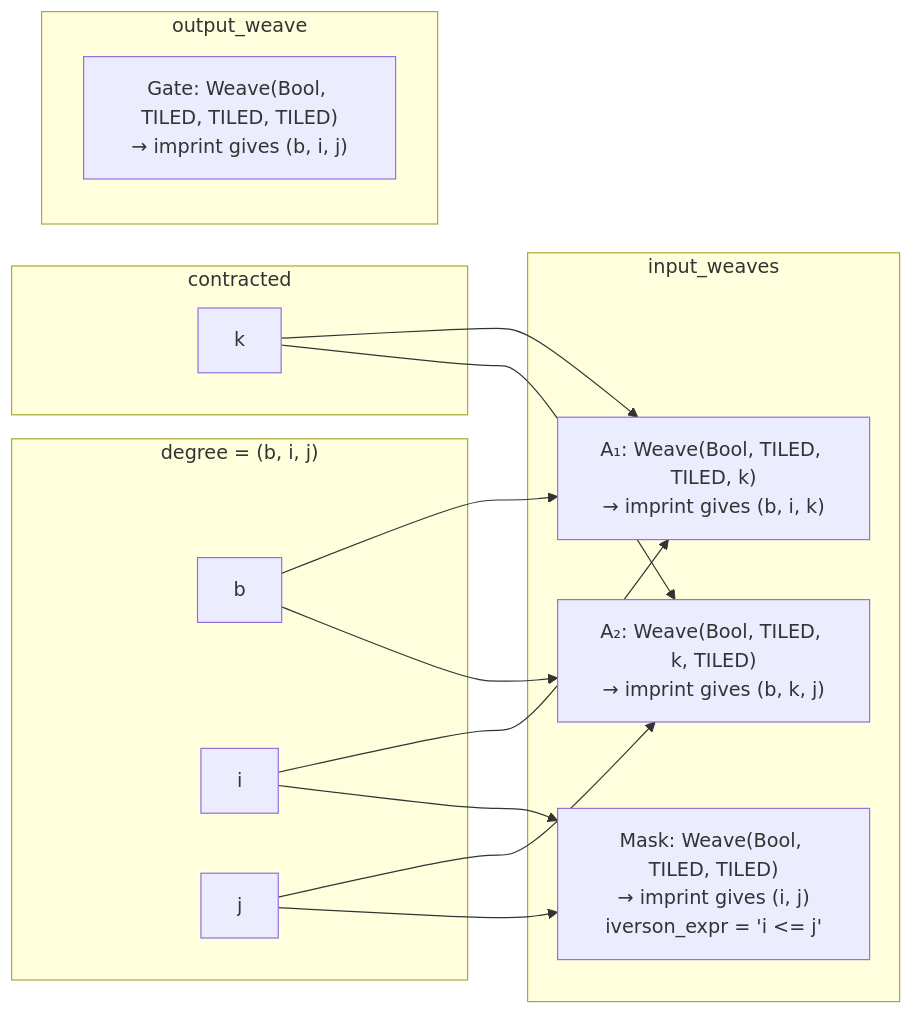
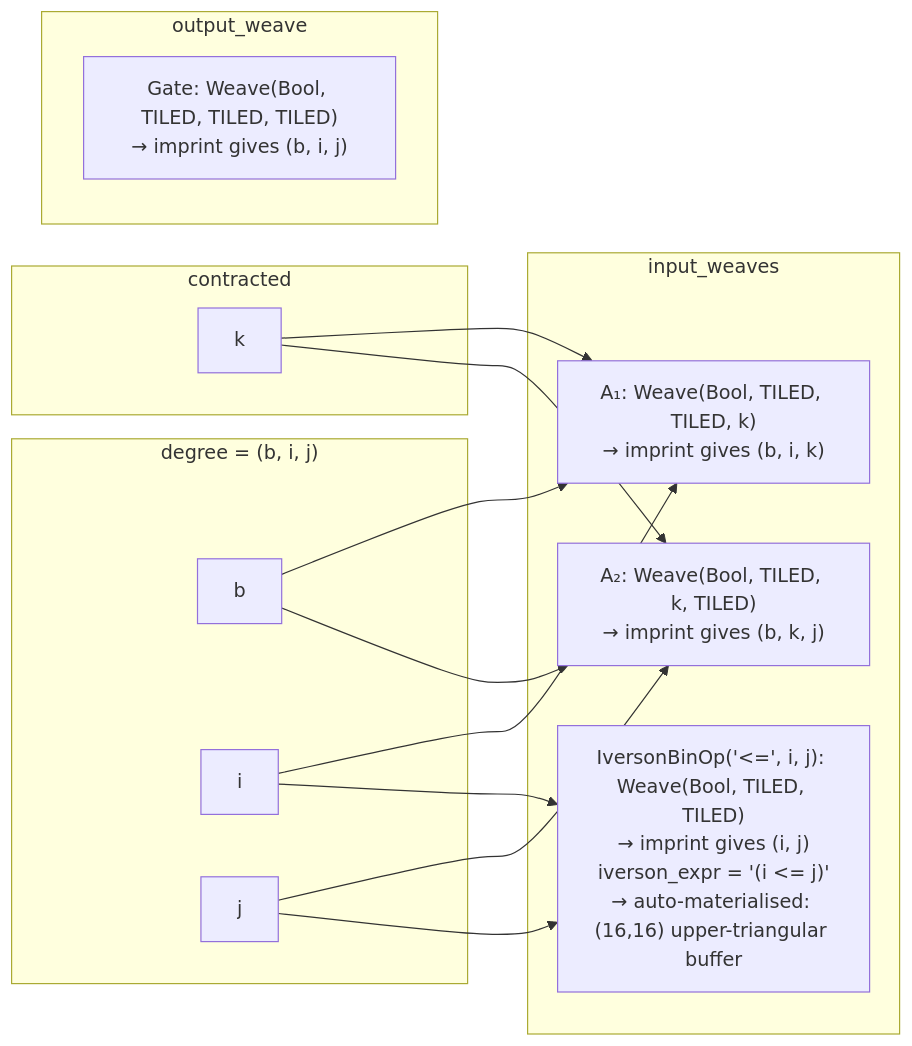
Before and after one commit to william-macready/pyncd: the second of 6 diagrams in papers/pytorch_compilation.md, drawn with Mermaid. The commit also changed other lines of this file and 5 other files, not shown here.

````diff
--- a/papers/pytorch_compilation.md
+++ b/papers/pytorch_compilation.md
@@ -482,28 +673,28 @@
 ```mermaid
 graph LR
     subgraph "degree = (b, i, j)"
         b_ax["b"]
         i_ax["i"]
         j_ax["j"]
     end
     subgraph "contracted"
         k_ax["k"]
     end
     subgraph "input_weaves"
         A1["A₁: Weave(Bool, TILED, TILED, k)\n→ imprint gives (b, i, k)"]
         A2["A₂: Weave(Bool, TILED, k, TILED)\n→ imprint gives (b, k, j)"]
-        M["Mask: Weave(Bool, TILED, TILED)\n→ imprint gives (i, j)\niverson_expr = 'i <= j'"]
+        M["IversonBinOp('<=', i, j): Weave(Bool, TILED, TILED)\n→ imprint gives (i, j)\niverson_expr = '(i <= j)'\n→ auto-materialised: (16,16) upper-triangular buffer"]
     end
     subgraph "output_weave"
         Gate["Gate: Weave(Bool, TILED, TILED, TILED)\n→ imprint gives (b, i, j)"]
     end
 
     b_ax --> A1
     i_ax --> A1
     b_ax --> A2
     j_ax --> A2
     i_ax --> M
     j_ax --> M
     k_ax --> A1
     k_ax --> A2
 ```
````
